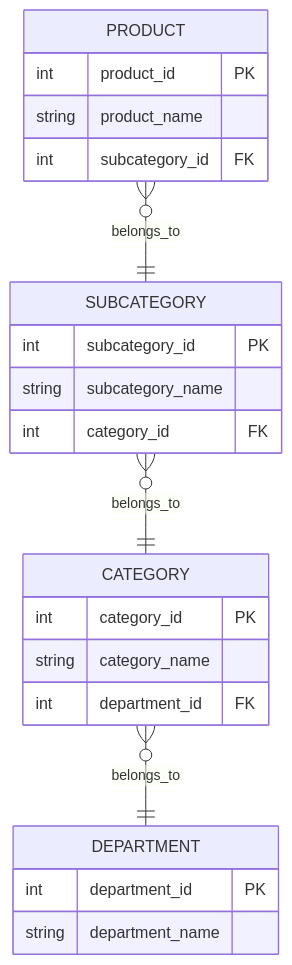
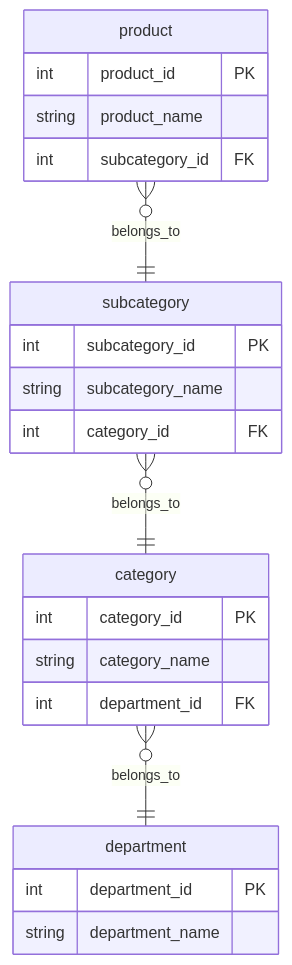
One commit to ducchetrongminh/vitlamdata_dbt_postgres changed the third of 7 diagrams in docs/dimensional-modeling-standards.md. Above: the diagram before and after it, drawn with Mermaid. The commit also changed other lines of this file, not shown here.

Commit message:
docs: lowercase table names in diagram

````diff
--- a/docs/dimensional-modeling-standards.md
+++ b/docs/dimensional-modeling-standards.md
@@ -183,25 +183,25 @@
 ```mermaid
 erDiagram
-    PRODUCT }o--|| SUBCATEGORY : belongs_to
-    SUBCATEGORY }o--|| CATEGORY : belongs_to
-    CATEGORY }o--|| DEPARTMENT : belongs_to
-    PRODUCT {
+    product }o--|| subcategory : belongs_to
+    subcategory }o--|| category : belongs_to
+    category }o--|| department : belongs_to
+    product {
         int product_id PK
         string product_name
         int subcategory_id FK
     }
-    SUBCATEGORY {
+    subcategory {
         int subcategory_id PK
         string subcategory_name
         int category_id FK
     }
-    CATEGORY {
+    category {
         int category_id PK
         string category_name
         int department_id FK
     }
-    DEPARTMENT {
+    department {
         int department_id PK
         string department_name
     }
 ```
````
